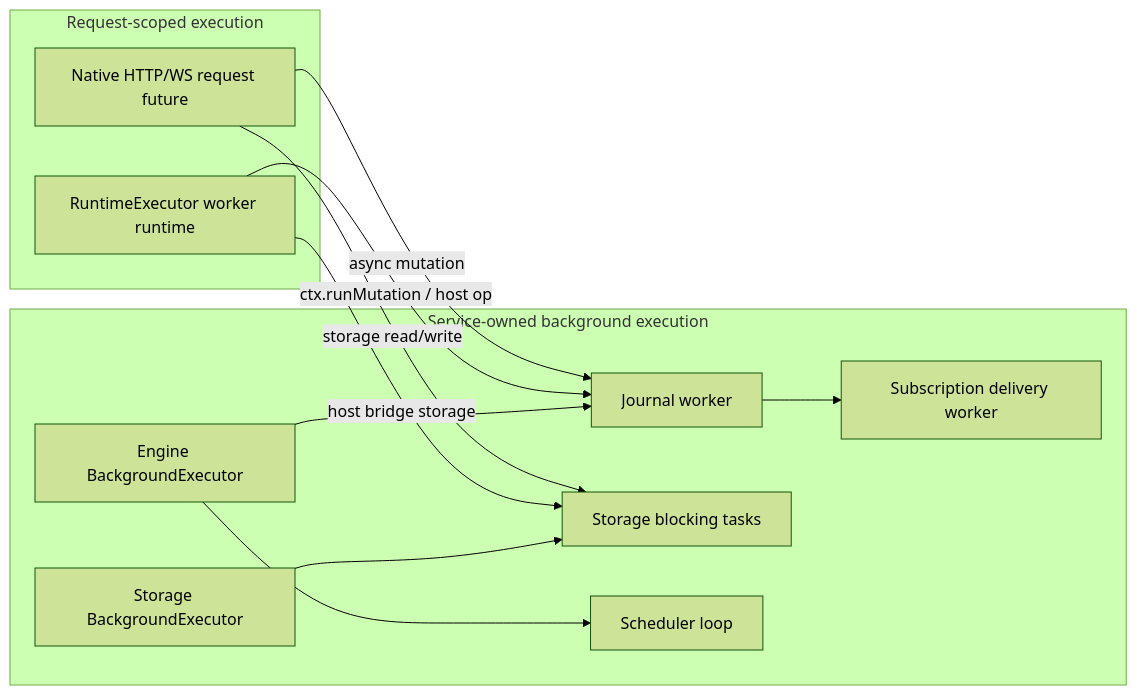
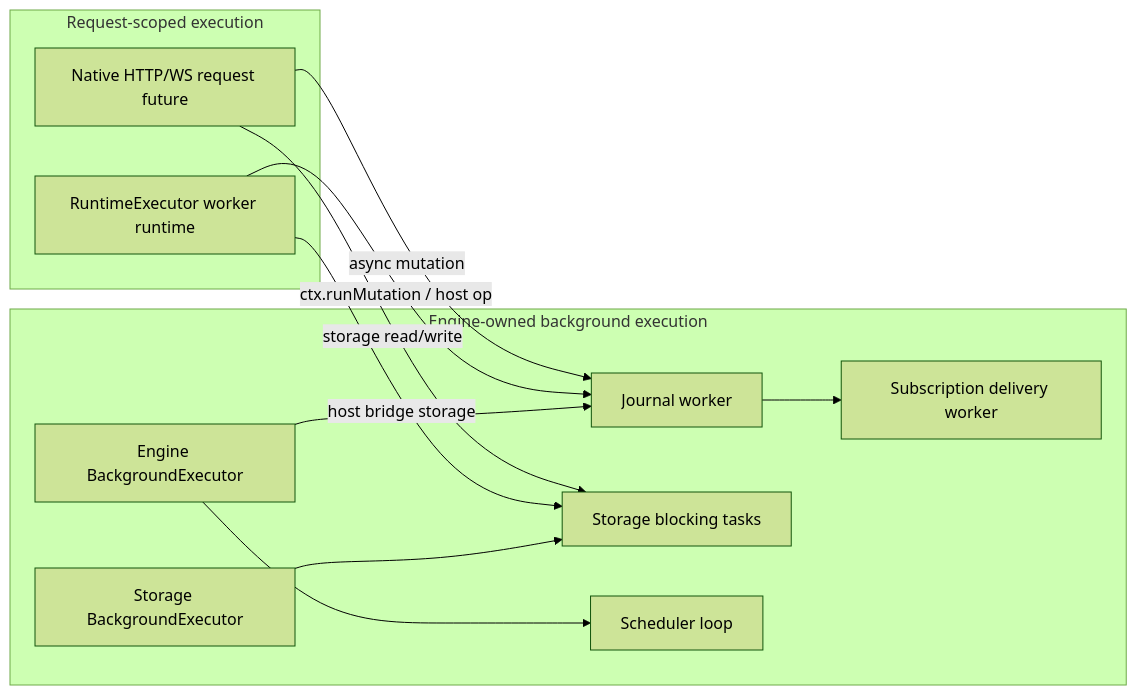
Before and after one commit to nimbus/nimbus: the third of 6 diagrams in ARCHITECTURE.md, drawn with Mermaid (forest theme). The commit also changed other lines of this file and 622 other files, not shown here.

````diff
--- a/ARCHITECTURE.md
+++ b/ARCHITECTURE.md
@@ -624,25 +653,25 @@
 ```mermaid
 flowchart LR
     subgraph Request["Request-scoped execution"]
         Native["Native HTTP/WS request future"]
         V8["RuntimeExecutor worker runtime"]
     end
 
-    subgraph ServiceOwned["Service-owned background execution"]
+    subgraph EngineOwned["Engine-owned background execution"]
         EngineExec["Engine BackgroundExecutor"]
         StorageExec["Storage BackgroundExecutor"]
         JW["Journal worker"]
         SB["Storage blocking tasks"]
         SD["Subscription delivery worker"]
         Sch["Scheduler loop"]
     end
 
     Native -->|async mutation| JW
     V8 -->|ctx.runMutation / host op| JW
     EngineExec --> JW
     JW --> SD
     EngineExec --> Sch
     Native -->|storage read/write| SB
     V8 -->|host bridge storage| SB
     StorageExec --> SB
 ```
````
